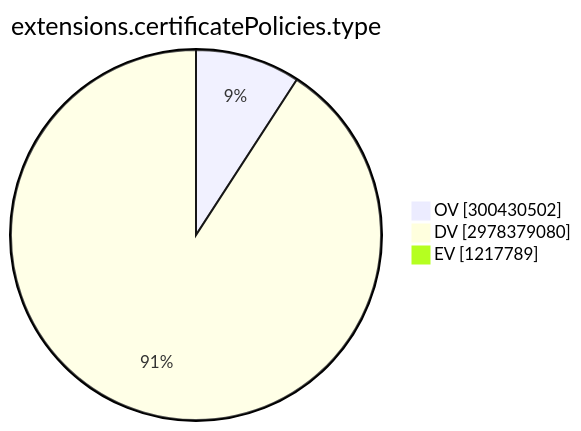
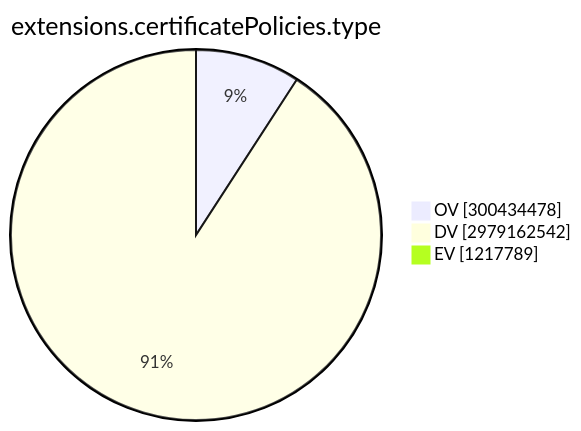
One commit to christiankrug/ctmonitor_visualization changed the ninth of 15 diagrams in TOTAL/README.md. Above: the diagram before and after it, drawn with Mermaid. The commit also changed other lines of this file, not shown here.

````diff
--- a/TOTAL/README.md
+++ b/TOTAL/README.md
@@ -3101,7 +3101,7 @@
 ```mermaid
 pie showData
 title extensions.certificatePolicies.type
-"OV" :300430502
-"DV" :2978379080
+"OV" :300434478
+"DV" :2979162542
 "EV" :1217789
 ```
````
